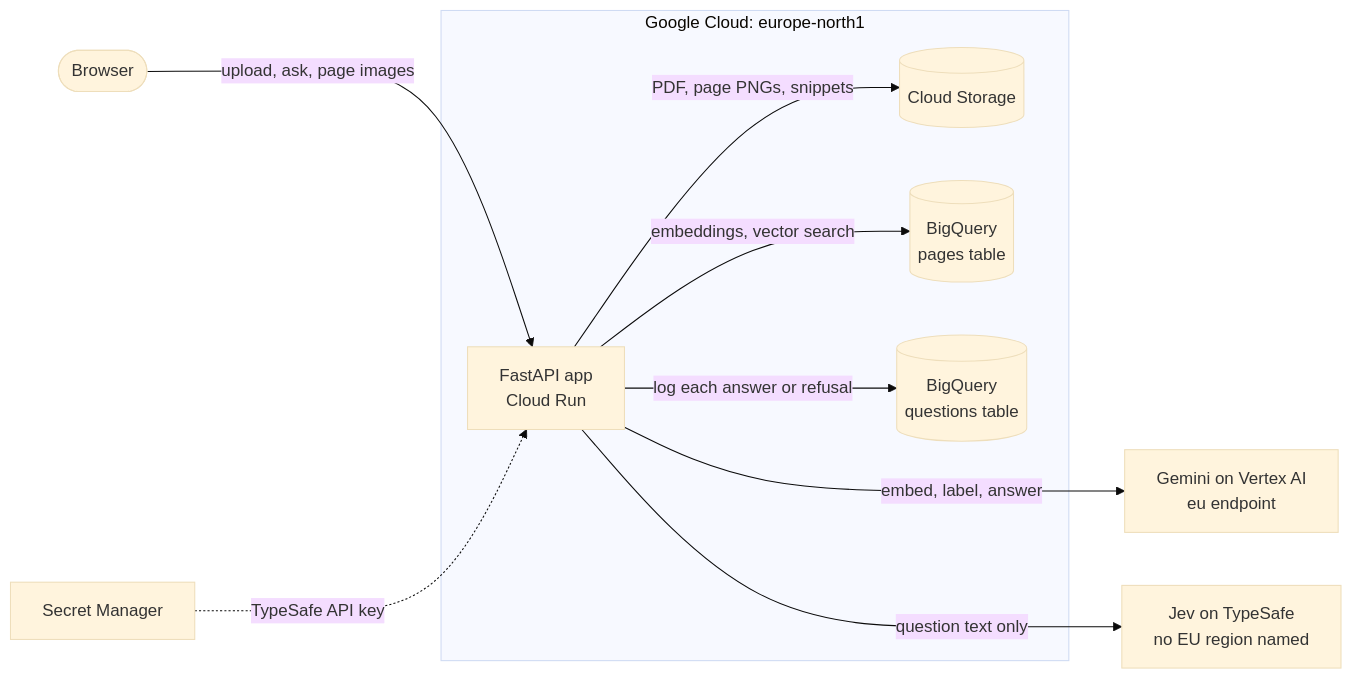
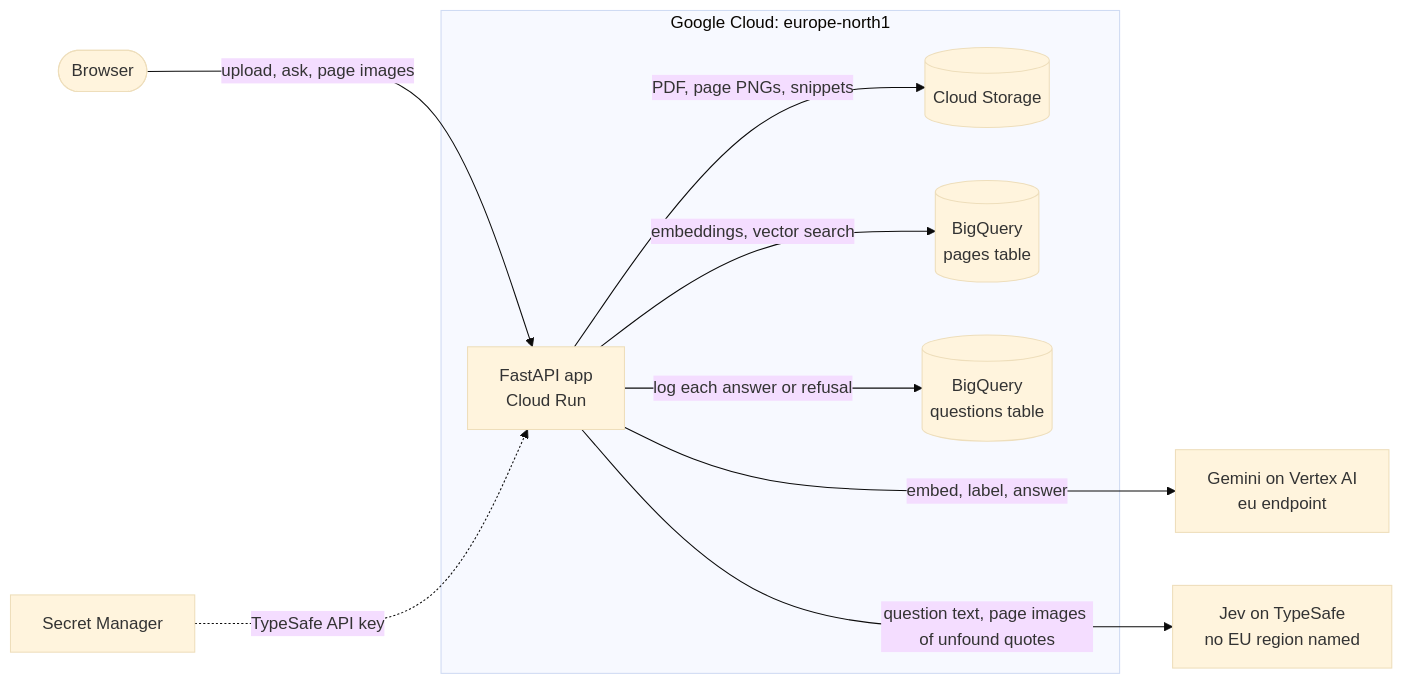
Before and after one commit to ma-esf/seetonic: the diagram in README.md, drawn with Mermaid (base theme). The commit also changed other lines of this file and 9 other files, not shown here.

First line of the commit message:
feat: let Jev place quotes the text layer cannot

````diff
--- a/README.md
+++ b/README.md
@@ -36,19 +38,19 @@
 ```mermaid
 flowchart LR
     accTitle: Seetonic components
-    accDescr: The browser calls the FastAPI app on Cloud Run to upload PDFs, ask questions and load page images. The app, Cloud Storage and both BigQuery tables are in europe-north1. The app calls Gemini on Vertex AI through the eu endpoint and sends only the question text to Jev on TypeSafe, which names no EU region. Cloud Run reads the TypeSafe API key from Secret Manager.
+    accDescr: The browser calls the FastAPI app on Cloud Run to upload PDFs, ask questions and load page images. The app, Cloud Storage and both BigQuery tables are in europe-north1. The app calls Gemini on Vertex AI through the eu endpoint and sends the question text, and the page image of any quote it cannot otherwise place, to Jev on TypeSafe, which names no EU region. Cloud Run reads the TypeSafe API key from Secret Manager.
 
     browser(["Browser"]) -->|"upload, ask, page images"| app
     subgraph region["Google Cloud: europe-north1"]
         app["FastAPI app<br/>Cloud Run"]
         gcs[("Cloud Storage")]
         pages[("BigQuery<br/>pages table")]
         questions[("BigQuery<br/>questions table")]
     end
     secret["Secret Manager"] -.->|"TypeSafe API key"| app
     app -->|"PDF, page PNGs, snippets"| gcs
     app -->|"embeddings, vector search"| pages
     app -->|"log each answer or refusal"| questions
     app --->|"embed, label, answer"| gemini["Gemini on Vertex AI<br/>eu endpoint"]
-    app --->|"question text only"| jev["Jev on TypeSafe<br/>no EU region named"]
+    app --->|"question text, page images of unfound quotes"| jev["Jev on TypeSafe<br/>no EU region named"]
 ```
````
